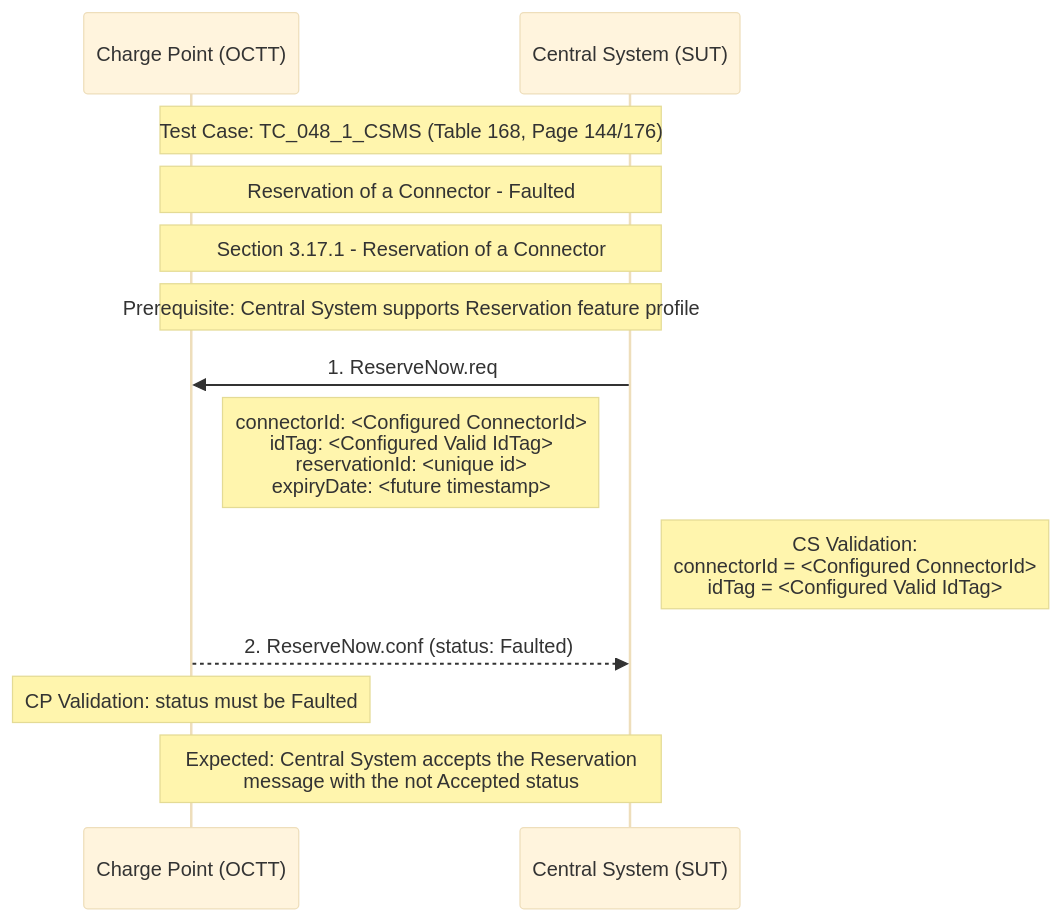
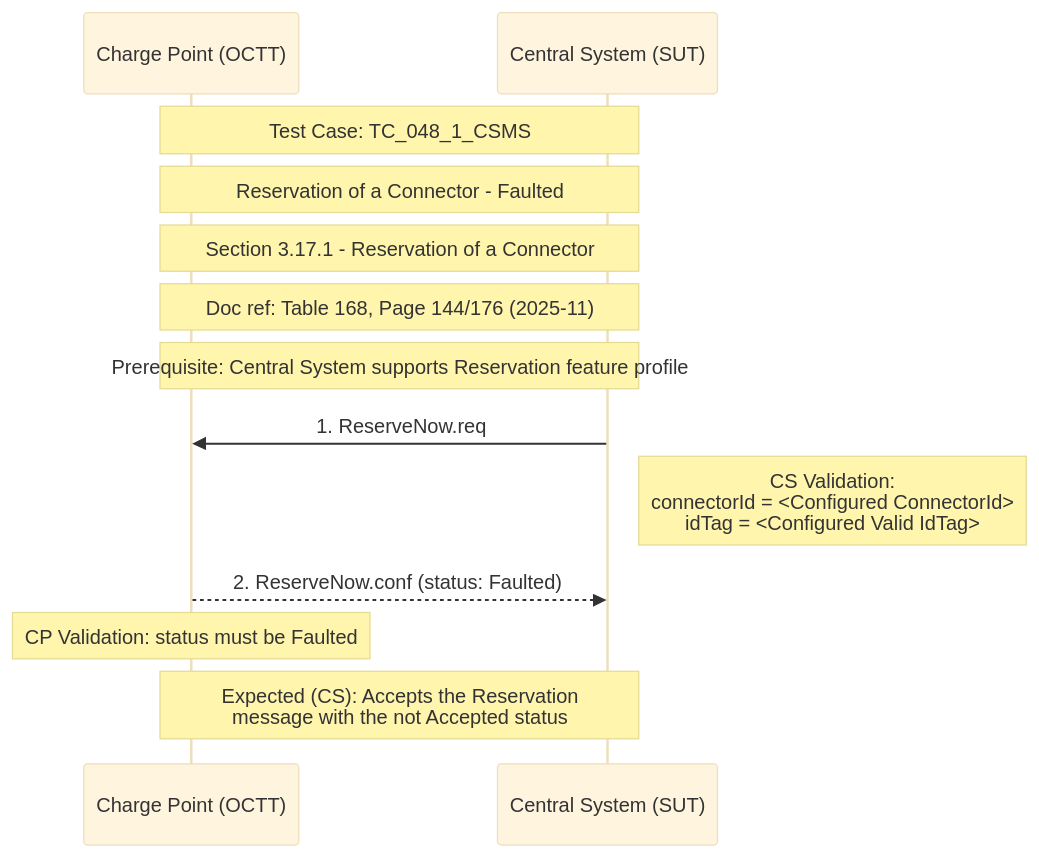
The diagram in 1.6/test_tc_048_1_csms.mermaid (tzi-app/tzi-OCTT), drawn with Mermaid (base theme) before and after one commit. The commit also changed 173 other files, not shown here.

```diff
--- a/1.6/test_tc_048_1_csms.mermaid
+++ b/1.6/test_tc_048_1_csms.mermaid
@@ -1,17 +1,17 @@
 sequenceDiagram
     participant CP as Charge Point (OCTT)
     participant CS as Central System (SUT)
 
-    Note over CP,CS: Test Case: TC_048_1_CSMS (Table 168, Page 144/176)
+    Note over CP,CS: Test Case: TC_048_1_CSMS
     Note over CP,CS: Reservation of a Connector - Faulted
     Note over CP,CS: Section 3.17.1 - Reservation of a Connector
+    Note over CP,CS: Doc ref: Table 168, Page 144/176 (2025-11)
     Note over CP,CS: Prerequisite: Central System supports Reservation feature profile
 
     CS->>CP: 1. ReserveNow.req
-    Note left of CS: connectorId: <Configured ConnectorId><br/>idTag: <Configured Valid IdTag><br/>reservationId: <unique id><br/>expiryDate: <future timestamp>
     Note right of CS: CS Validation:<br/>connectorId = <Configured ConnectorId><br/>idTag = <Configured Valid IdTag>
 
     CP-->>CS: 2. ReserveNow.conf (status: Faulted)
     Note over CP: CP Validation: status must be Faulted
 
-    Note over CP,CS: Expected: Central System accepts the Reservation<br/>message with the not Accepted status
+    Note over CP,CS: Expected (CS): Accepts the Reservation<br/>message with the not Accepted status
```
